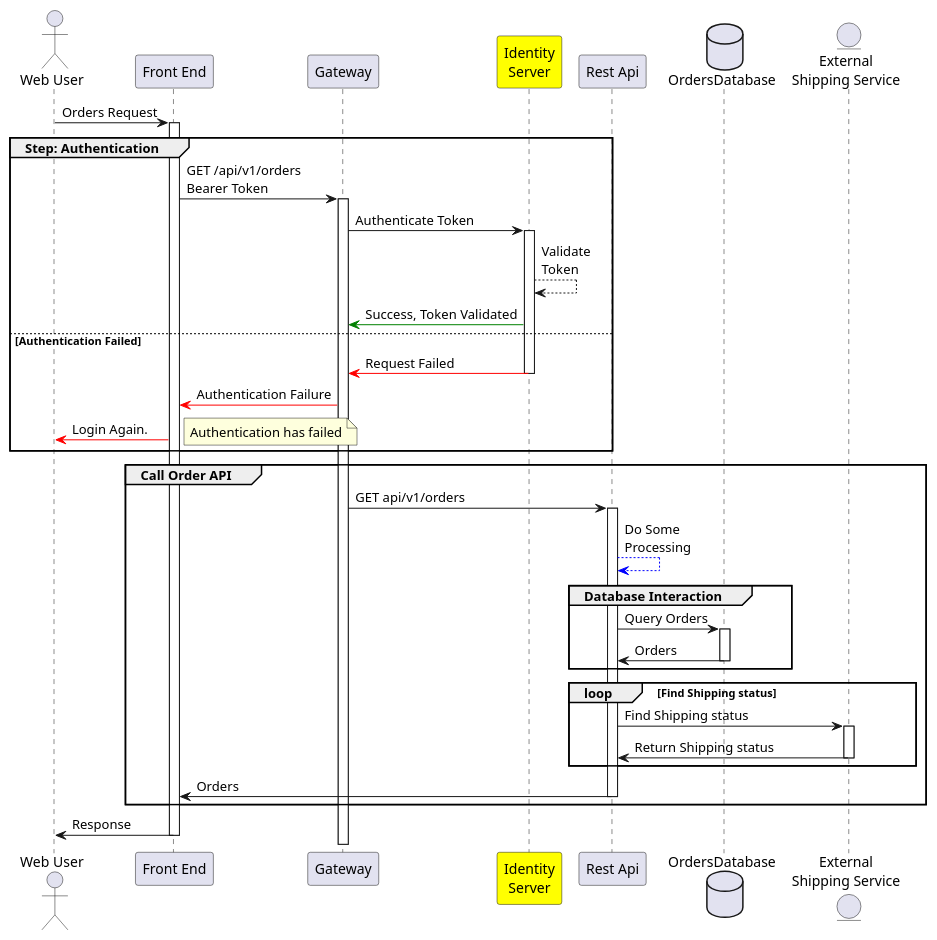
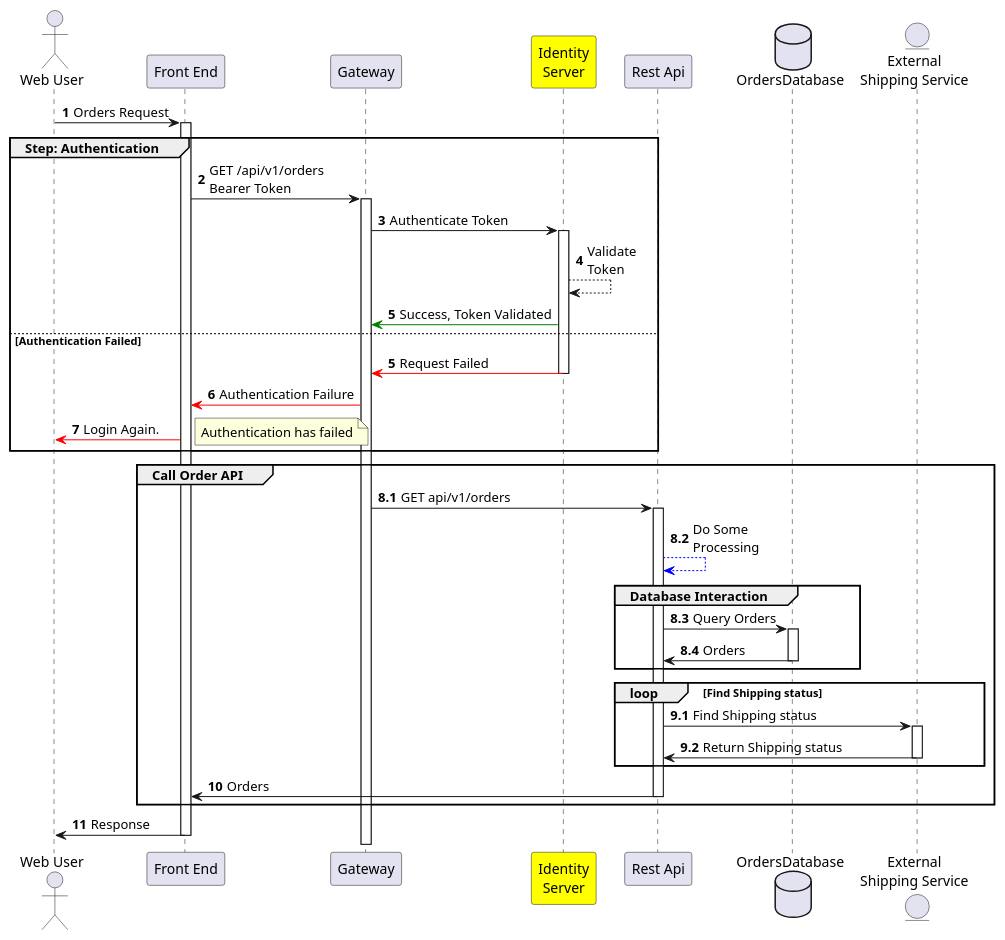
The diagram in sequence_diag.wsd (josephvt78/diagraming-learning), drawn with PlantUML before and after one commit.

Commit message:
introducing auto numbering

```diff
--- a/sequence_diag.wsd
+++ b/sequence_diag.wsd
@@ -4,42 +4,46 @@
 @startuml my simple order request
 
 actor "Web User" as WebUser
 participant "Front End" as Portal
 participant Gateway
 participant "Identity\nServer" as IdentityServer #yellow
 participant "Rest Api" as RestApi
 database OrdersDatabase
 entity "External\nShipping Service" as ExternalShippingService
 
+autonumber
 WebUser -> Portal ++ : Orders Request
 group Step: Authentication
     Portal -> Gateway ++: GET /api/v1/orders\nBearer Token
     Gateway -> IdentityServer ++: Authenticate Token
     IdentityServer --> IdentityServer : Validate\nToken
     IdentityServer -[#green]> Gateway : Success, Token Validated
 else Authentication Failed
+    autonumber 5
     IdentityServer -[#red]> Gateway --: Request Failed
     Gateway -[#red]> Portal : Authentication Failure
     Portal -[#red]> WebUser: Login Again.  
     note right : Authentication has failed  
 end
 
 group Call Order API
+    autonumber 8.1
     Gateway -> RestApi ++ : GET api/v1/orders
     RestApi --[#blue]> RestApi : Do Some\nProcessing
     group Database Interaction
         RestApi -> OrdersDatabase ++ : Query Orders
         OrdersDatabase -> RestApi -- : Orders
     end
     'loop
     loop Find Shipping status
+        autonumber inc
         RestApi -> ExternalShippingService ++ : Find Shipping status
         ExternalShippingService -> RestApi -- : Return Shipping status
     end
-
+    autonumber 10
     RestApi -> Portal --: Orders
 end
 
 Portal -> WebUser --: Response
 
 @enduml
```
